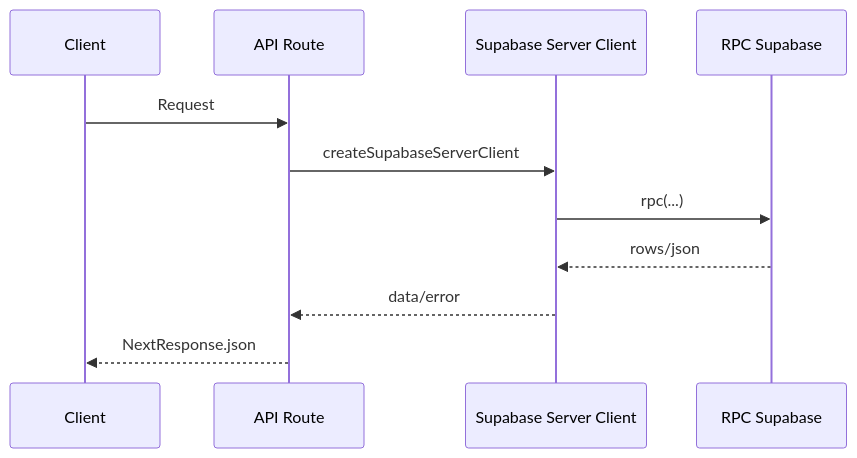
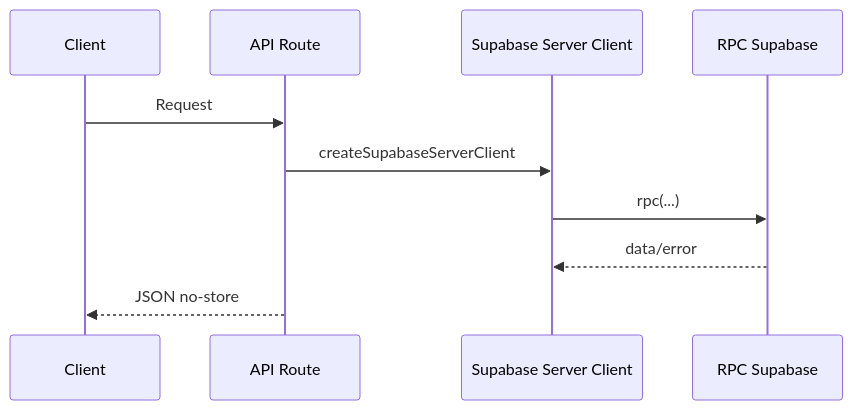
One commit to victorpessoa-dev/pascom-stream-view changed the diagram in docs/apis.md. Above: the diagram before and after it, drawn with Mermaid. The commit also changed other lines of this file and 22 other files, not shown here.

````diff
--- a/docs/apis.md
+++ b/docs/apis.md
@@ -18,13 +17,12 @@
 ```mermaid
 sequenceDiagram
   participant C as Client
   participant A as API Route
   participant S as Supabase Server Client
   participant DB as RPC Supabase
   C->>A: Request
   A->>S: createSupabaseServerClient
   S->>DB: rpc(...)
-  DB-->>S: rows/json
-  S-->>A: data/error
-  A-->>C: NextResponse.json
+  DB-->>S: data/error
+  A-->>C: JSON no-store
 ```
````
